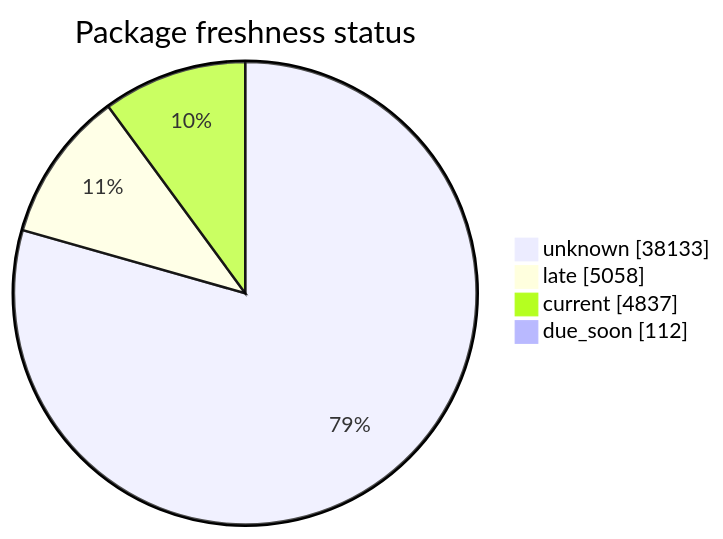
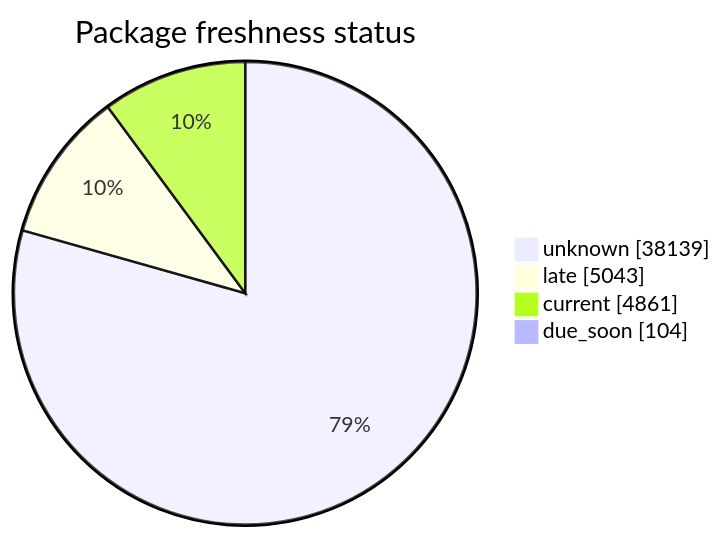
The second of 5 diagrams in FreshCheck/README.md (open-data/analytics-corporate-reporting), drawn with Mermaid before and after one commit. The commit also changed other lines of this file and 3 other files, not shown here.

````diff
--- a/FreshCheck/README.md
+++ b/FreshCheck/README.md
@@ -68,7 +68,7 @@
 ```mermaid
 pie showData title Package freshness status
-    "unknown": 38133
-    "late": 5058
-    "current": 4837
-    "due_soon": 112
+    "unknown": 38139
+    "late": 5043
+    "current": 4861
+    "due_soon": 104
 ```
````
